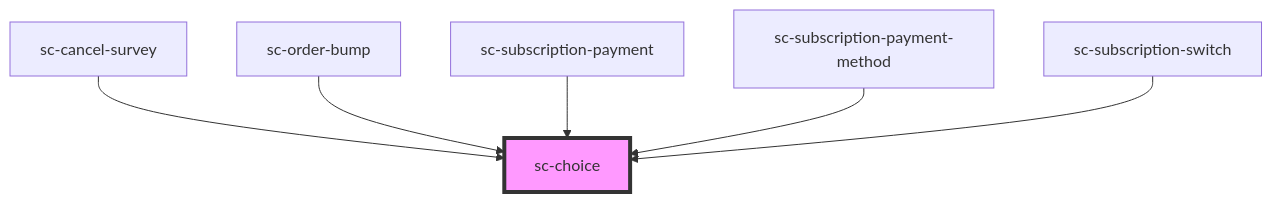
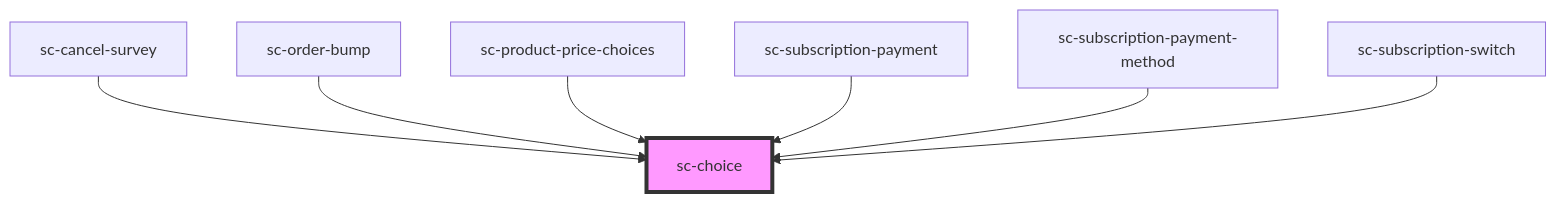
Before and after one commit to surecart/surecart-wp-plugin: the diagram in packages/components/src/components/ui/choice/readme.md, drawn with Mermaid. The commit also changed other lines of this file and 53 other files, not shown here.

````diff
--- a/packages/components/src/components/ui/choice/readme.md
+++ b/packages/components/src/components/ui/choice/readme.md
@@ -101,9 +102,10 @@
 ```mermaid
 graph TD;
   sc-cancel-survey --> sc-choice
   sc-order-bump --> sc-choice
+  sc-product-price-choices --> sc-choice
   sc-subscription-payment --> sc-choice
   sc-subscription-payment-method --> sc-choice
   sc-subscription-switch --> sc-choice
   style sc-choice fill:#f9f,stroke:#333,stroke-width:4px
 ```
````
